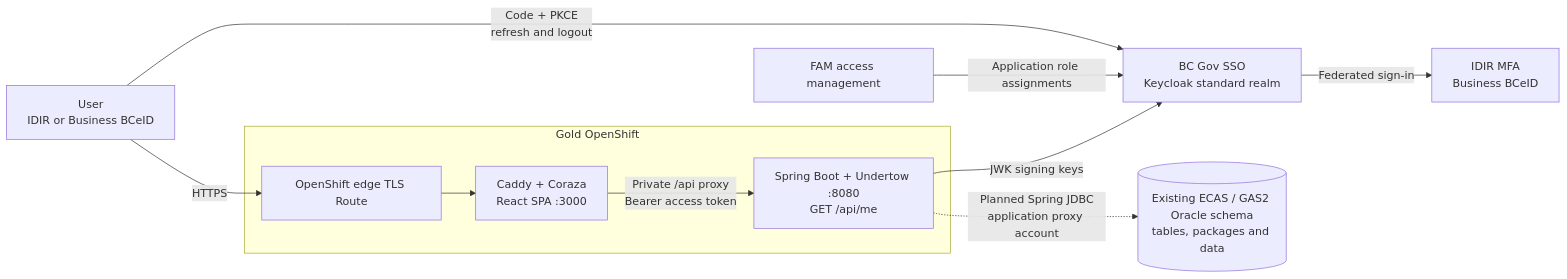
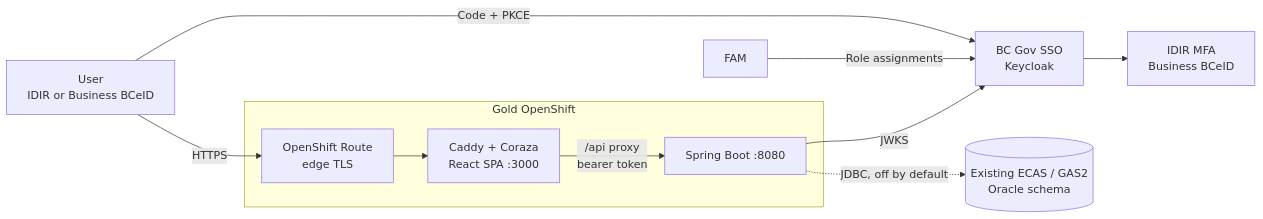
The first of 3 diagrams in docs/architecture.md (bcgov/nr-taps), drawn with Mermaid before and after one commit. The commit also changed other lines of this file and 228 other files, not shown here.

First line of the commit message:
feat: add TAPS UI and scoped ECAS and GAS read workflows (#3)

````diff
--- a/docs/architecture.md
+++ b/docs/architecture.md
@@ -11,13 +7,13 @@
 ```mermaid
 flowchart LR
-    User["User<br/>IDIR or Business BCeID"] -->|HTTPS| Route["OpenShift edge TLS Route"]
+    User["User<br/>IDIR or Business BCeID"] -->|HTTPS| Route["OpenShift Route<br/>edge TLS"]
     subgraph Gold["Gold OpenShift"]
         Route --> Frontend["Caddy + Coraza<br/>React SPA :3000"]
-        Frontend -->|"Private /api proxy<br/>Bearer access token"| Backend["Spring Boot + Undertow :8080<br/>GET /api/me"]
+        Frontend -->|"/api proxy<br/>bearer token"| Backend["Spring Boot :8080"]
     end
-    User -->|"Code + PKCE<br/>refresh and logout"| SSO["BC Gov SSO<br/>Keycloak standard realm"]
-    SSO -->|"Federated sign-in"| IDP["IDIR MFA<br/>Business BCeID"]
-    FAM["FAM access management"] -->|"Application role assignments"| SSO
-    Backend -->|"JWK signing keys"| SSO
-    Backend -.->|"Planned Spring JDBC<br/>application proxy account"| Oracle[("Existing ECAS / GAS2 Oracle schema<br/>tables, packages and data")]
+    User -->|"Code + PKCE"| SSO["BC Gov SSO<br/>Keycloak"]
+    SSO --> IDP["IDIR MFA<br/>Business BCeID"]
+    FAM["FAM"] -->|"Role assignments"| SSO
+    Backend -->|"JWKS"| SSO
+    Backend -.->|"JDBC, off by default"| Oracle[("Existing ECAS / GAS2<br/>Oracle schema")]
 ```
````
